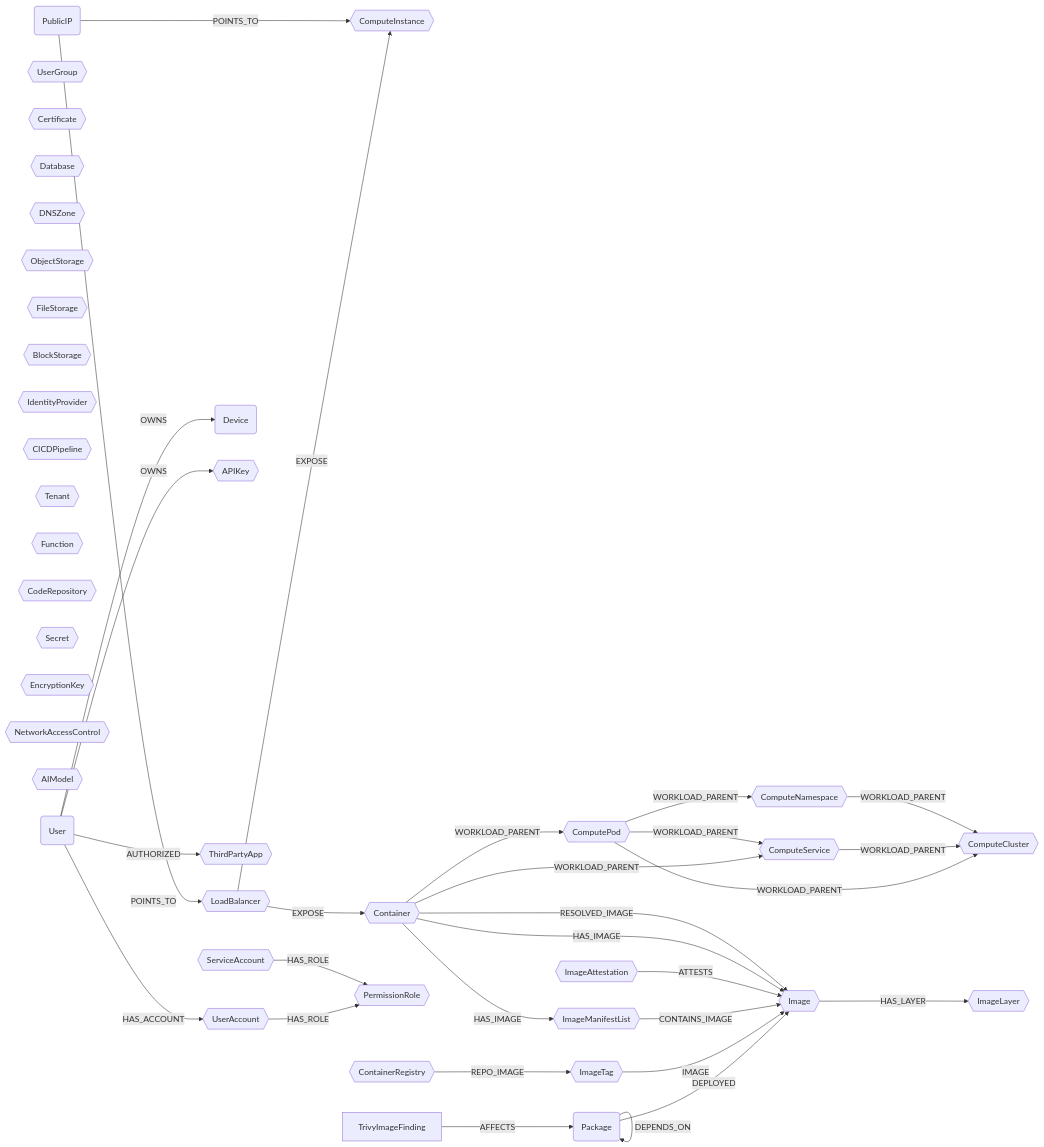
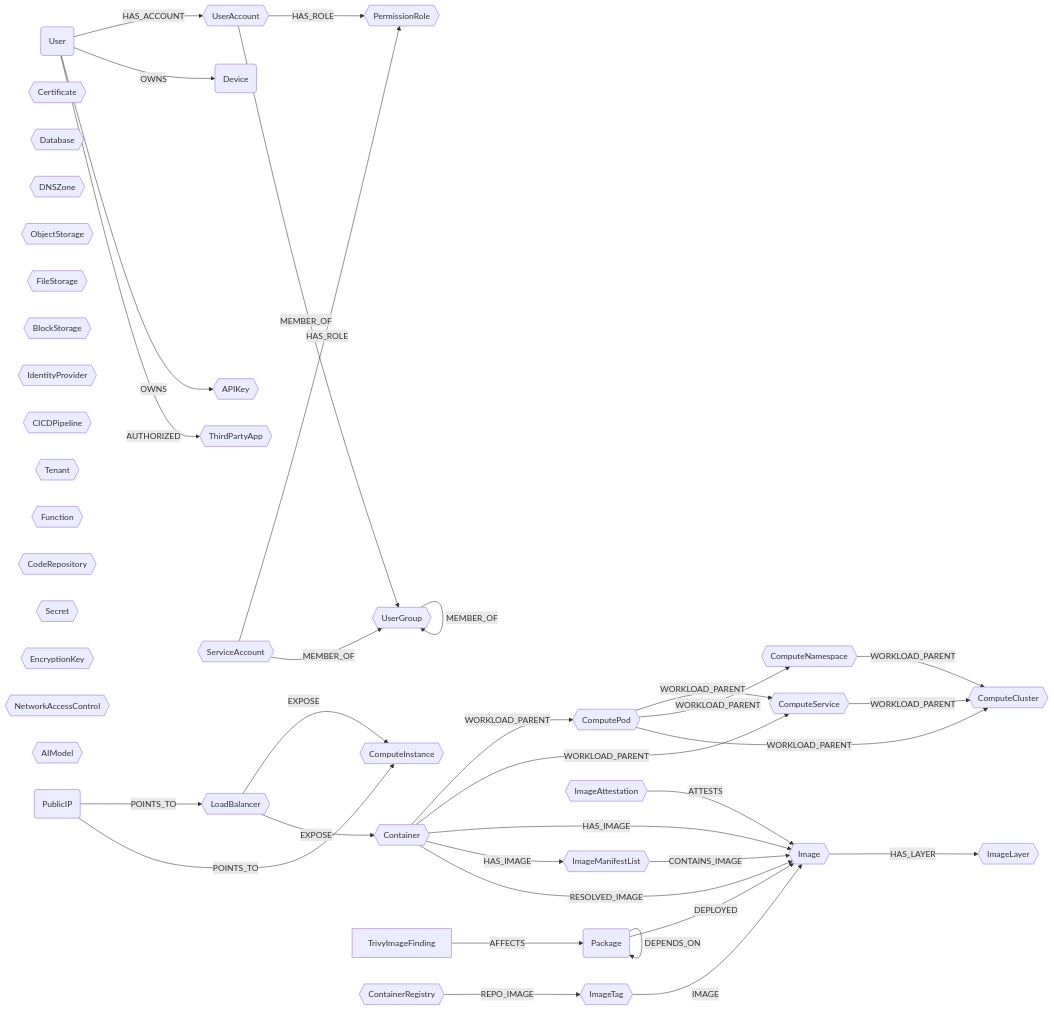
One commit to cartography-cncf/cartography changed the diagram in docs/root/modules/ontology/schema.md. Above: the diagram before and after it, drawn with Mermaid. The commit also changed other lines of this file and 24 other files, not shown here.

````diff
--- a/docs/root/modules/ontology/schema.md
+++ b/docs/root/modules/ontology/schema.md
@@ -6,54 +6,57 @@
 ```mermaid
 graph LR
 
 U(User) -- HAS_ACCOUNT --> UA{{UserAccount}}
 U -- OWNS --> CC(Device)
 U -- OWNS --> AK{{APIKey}}
 U -- AUTHORIZED --> OA{{ThirdPartyApp}}
 UG{{UserGroup}}
 SA{{ServiceAccount}}
 CERT{{Certificate}}
 LB{{LoadBalancer}} -- EXPOSE --> CI{{ComputeInstance}}
 LB{{LoadBalancer}} -- EXPOSE --> CT{{Container}}
 CL{{ComputeCluster}}
 CS{{ComputeService}}
 CNS{{ComputeNamespace}}
 CP{{ComputePod}}
 CT -- WORKLOAD_PARENT --> CP
 CT -- WORKLOAD_PARENT --> CS
 CP -- WORKLOAD_PARENT --> CS
 CP -- WORKLOAD_PARENT --> CNS
 CP -- WORKLOAD_PARENT --> CL
 CS -- WORKLOAD_PARENT --> CL
 CNS -- WORKLOAD_PARENT --> CL
 DB{{Database}}
 DZ{{DNSZone}}
 OS{{ObjectStorage}}
 FS{{FileStorage}}
 BS{{BlockStorage}}
 IDP{{IdentityProvider}}
 CICD{{CICDPipeline}}
 TN{{Tenant}}
 FN{{Function}}
 REPO{{CodeRepository}}
 SC{{Secret}}
 EK{{EncryptionKey}}
 PR{{PermissionRole}}
 UA -- HAS_ROLE --> PR
 SA -- HAS_ROLE --> PR
+UA -- MEMBER_OF --> UG
+SA -- MEMBER_OF --> UG
+UG -- MEMBER_OF --> UG
 NAC{{NetworkAccessControl}}
 AIM{{AIModel}}
 PIP(PublicIP) -- POINTS_TO --> LB
 PIP -- POINTS_TO --> CI
 PKG(Package) -- DEPLOYED --> IM{{Image}}
 PKG -- DEPENDS_ON --> PKG
 F[TrivyImageFinding] -- AFFECTS --> PKG
 CR{{ContainerRegistry}} -- REPO_IMAGE --> IT{{ImageTag}}
 IT -- IMAGE --> IM
 IML{{ImageManifestList}} -- CONTAINS_IMAGE --> IM
 IA{{ImageAttestation}} -- ATTESTS --> IM
 IM -- HAS_LAYER --> IL{{ImageLayer}}
 CT -- HAS_IMAGE --> IM
 CT -- HAS_IMAGE --> IML
 CT -- RESOLVED_IMAGE --> IM
 ```
````
